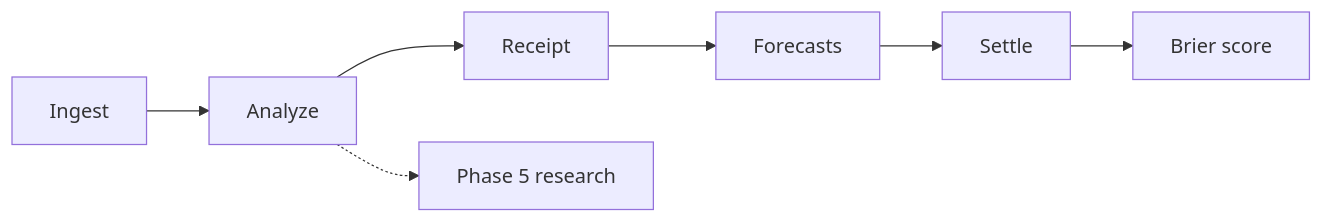
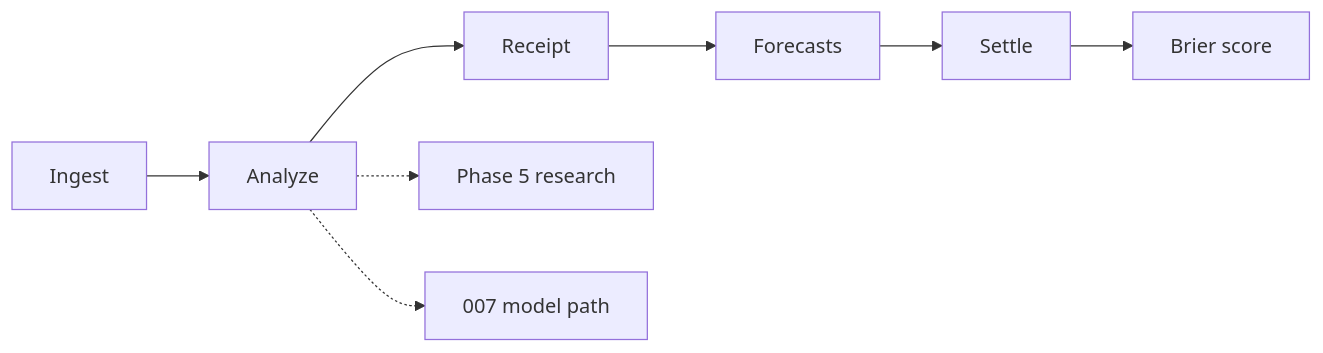
One commit to scrimshawlife-ctrl/Hyperlex changed the diagram in docs/index.md. Above: the diagram before and after it, drawn with Mermaid. The commit also changed other lines of this file and 26 other files, not shown here.

````diff
--- a/docs/index.md
+++ b/docs/index.md
@@ -23,9 +36,10 @@
 ```mermaid
 flowchart LR
   A[Ingest] --> B[Analyze]
   B --> C[Receipt]
   C --> D[Forecasts]
   D --> E[Settle]
   E --> F[Brier score]
   B -.-> G[Phase 5 research]
+  B -.-> H[007 model path]
 ```
````
